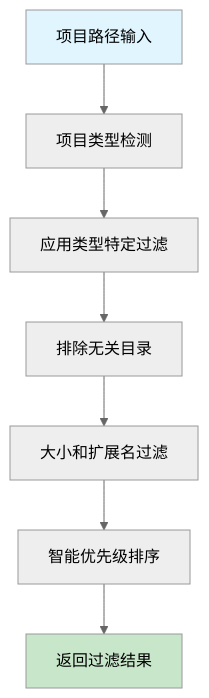
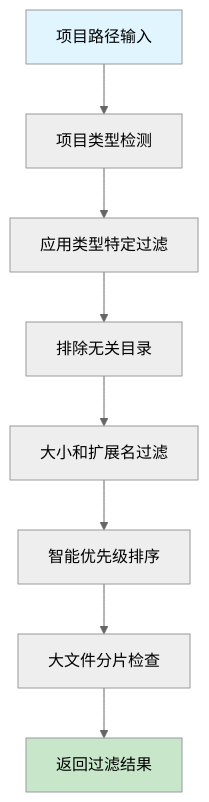
Diagram 13 of 15 in docs/architecture/data-flow.md (MGX-LJY/CodeLens), drawn with Mermaid (neutral theme) before and after one commit. The commit also changed other lines of this file and 36 other files, not shown here.

````diff
--- a/docs/architecture/data-flow.md
+++ b/docs/architecture/data-flow.md
@@ -382,12 +457,13 @@
 ```mermaid
 graph TD
     A[项目路径输入] --> B[项目类型检测]
     B --> C[应用类型特定过滤]
     C --> D[排除无关目录]
     D --> E[大小和扩展名过滤]
     E --> F[智能优先级排序]
-    F --> G[返回过滤结果]
+    F --> G[大文件分片检查]
+    G --> H[返回过滤结果]
     
     style A fill:#e1f5fe
-    style G fill:#c8e6c9
+    style H fill:#c8e6c9
 ```
````
